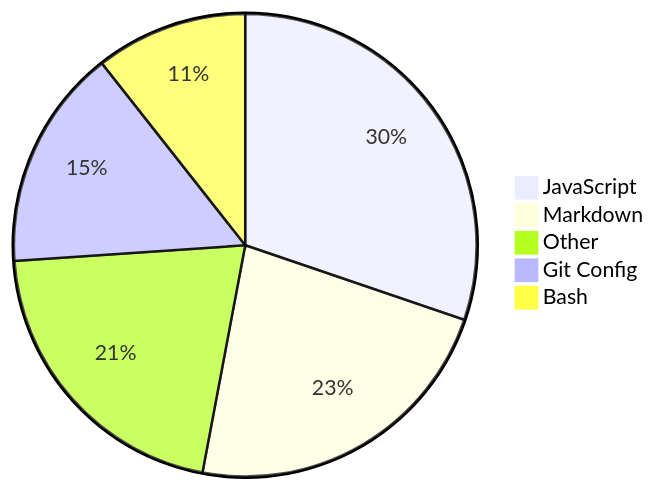
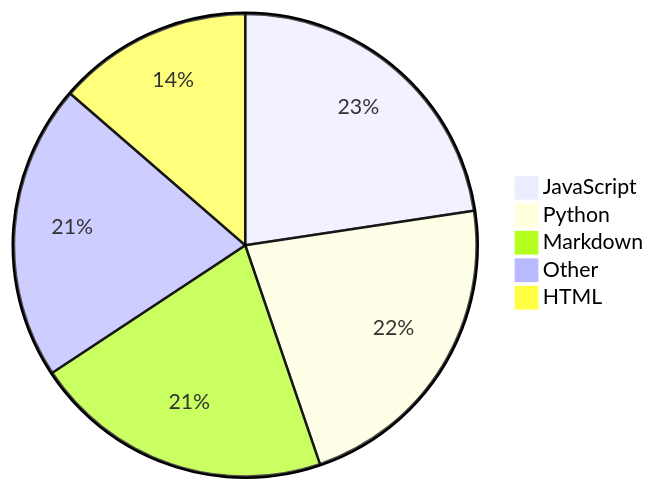
The diagram in README.md (Alicia111/alicia111), drawn with Mermaid before and after one commit.

Commit message:
Update WakaTime stats (・ω・)b

````diff
--- a/README.md
+++ b/README.md
@@ -32,8 +32,8 @@
 ```mermaid
 pie
-    "JavaScript" : 24.5
-    "Markdown" : 18.43
-    "Other" : 16.99
-    "Git Config" : 12.53
-    "Bash" : 8.61
+    "JavaScript" : 16.87
+    "Python" : 16.52
+    "Markdown" : 15.62
+    "Other" : 15.41
+    "HTML" : 10.17
 ```
````
